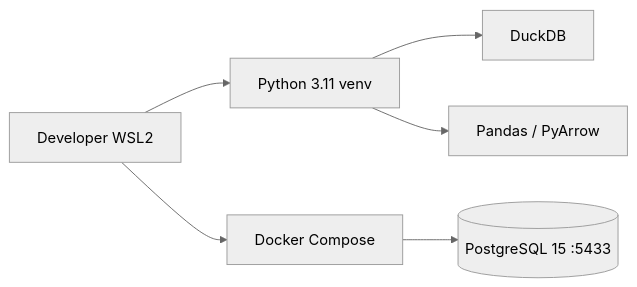
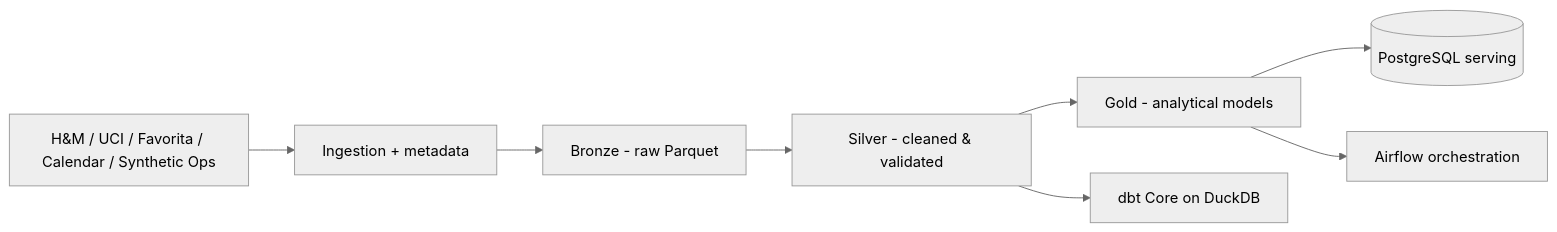
The diagram in README.md (Raf-Hs/ecommerce-demand-intelligence), drawn with Mermaid (neutral theme) before and after one commit. The commit also changed other lines of this file, not shown here.

````diff
--- a/README.md
+++ b/README.md
@@ -23,8 +24,10 @@
 ```mermaid
 flowchart LR
-    Dev[Developer WSL2] --> Venv[Python 3.11 venv]
-    Dev --> Compose[Docker Compose]
-    Compose --> PG[(PostgreSQL 15 :5433)]
-    Venv --> DuckDB[DuckDB]
-    Venv --> Pandas[Pandas / PyArrow]
+    Sources[H&M / UCI / Favorita / Calendar / Synthetic Ops] --> Ingestion[Ingestion + metadata]
+    Ingestion --> Bronze[Bronze - raw Parquet]
+    Bronze --> Silver[Silver - cleaned & validated]
+    Silver --> Gold[Gold - analytical models]
+    Silver --> dbt[dbt Core on DuckDB]
+    Gold --> Serving[(PostgreSQL serving)]
+    Gold --> Airflow[Airflow orchestration]
 ```
````
